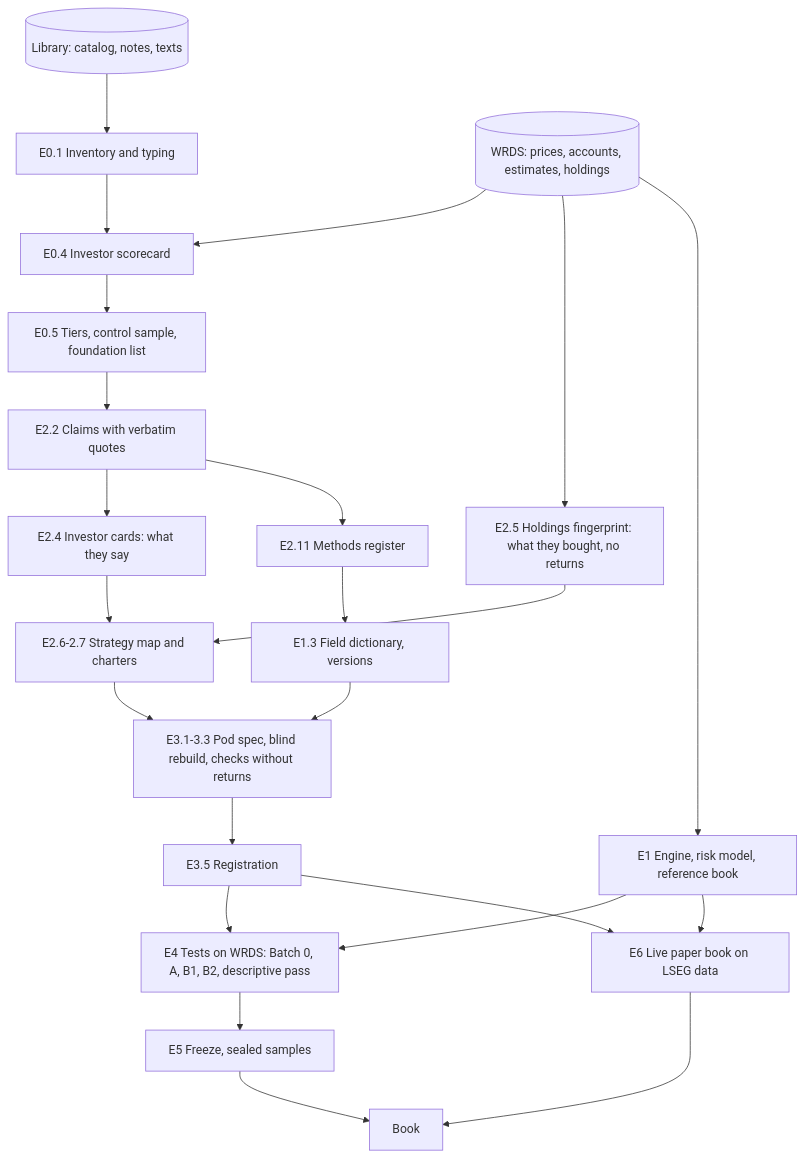
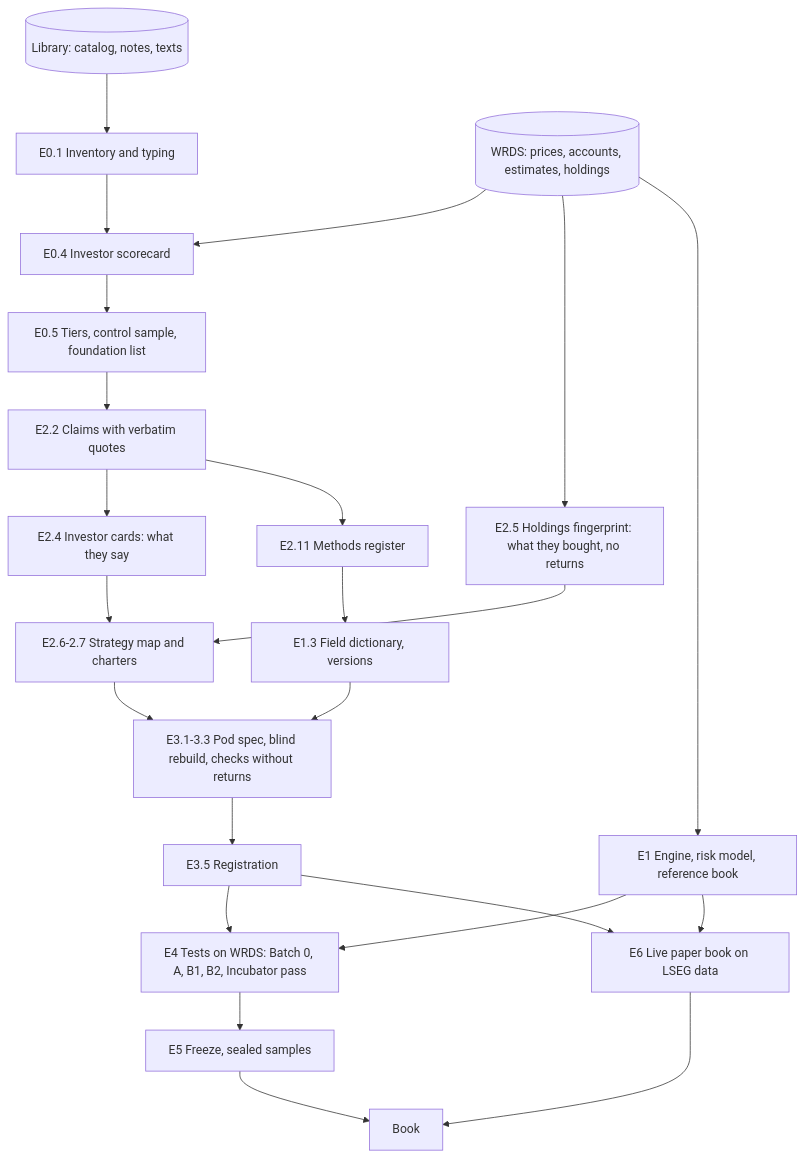
One commit to haing-dev/stock-screener changed the diagram in docs/research/equity/EQUITY_POD_SHOP_PLAN_v0.3.md. Above: the diagram before and after it, drawn with Mermaid. The commit also changed other lines of this file and 1 other file, not shown here.

First line of the commit message:
Equity pod shop plan v0.3 final: corrections of the independent re-check applied (Stage 0 order and seal before the scorecard, tier-rule merge of record kinds, promotion defined, Incubator pass for families without a slot, fences on the leave-out test and late documents); re-check report

````diff
--- a/docs/research/equity/EQUITY_POD_SHOP_PLAN_v0.3.md
+++ b/docs/research/equity/EQUITY_POD_SHOP_PLAN_v0.3.md
@@ -78,23 +77,23 @@
 ```mermaid
 flowchart TD
   L[(Library: catalog, notes, texts)] --> I[E0.1 Inventory and typing]
   W[(WRDS: prices, accounts, estimates, holdings)] --> SC[E0.4 Investor scorecard]
   I --> SC --> T[E0.5 Tiers, control sample, foundation list]
   T --> C[E2.2 Claims with verbatim quotes]
   C --> K[E2.4 Investor cards: what they say]
   W --> H[E2.5 Holdings fingerprint: what they bought, no returns]
   C --> MR[E2.11 Methods register]
   K --> M[E2.6-2.7 Strategy map and charters]
   H --> M
   MR --> D[E1.3 Field dictionary, versions]
   M --> S[E3.1-3.3 Pod spec, blind rebuild, checks without returns]
   D --> S
   S --> R[E3.5 Registration]
   W --> E[E1 Engine, risk model, reference book]
-  E --> X[E4 Tests on WRDS: Batch 0, A, B1, B2, descriptive pass]
+  E --> X[E4 Tests on WRDS: Batch 0, A, B1, B2, Incubator pass]
   R --> X --> Z[E5 Freeze, sealed samples]
   E --> LV[E6 Live paper book on LSEG data]
   R --> LV
   Z --> B[Book]
   LV --> B
 ```
````
